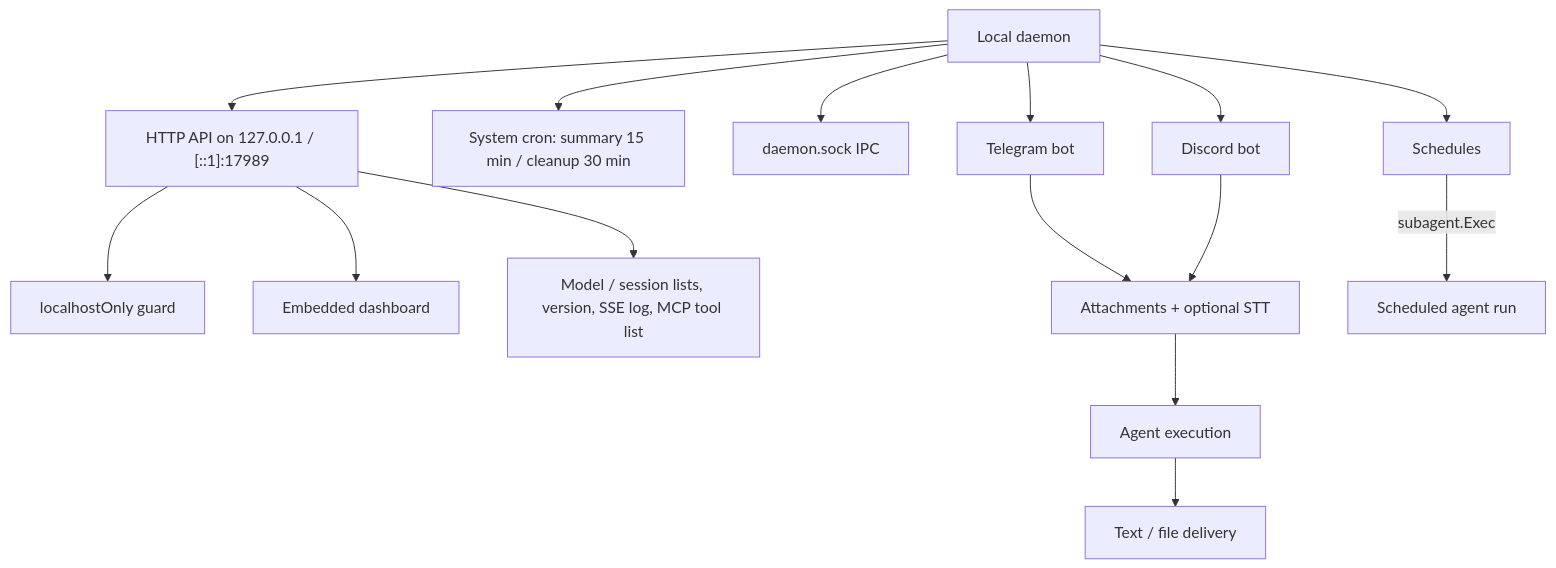
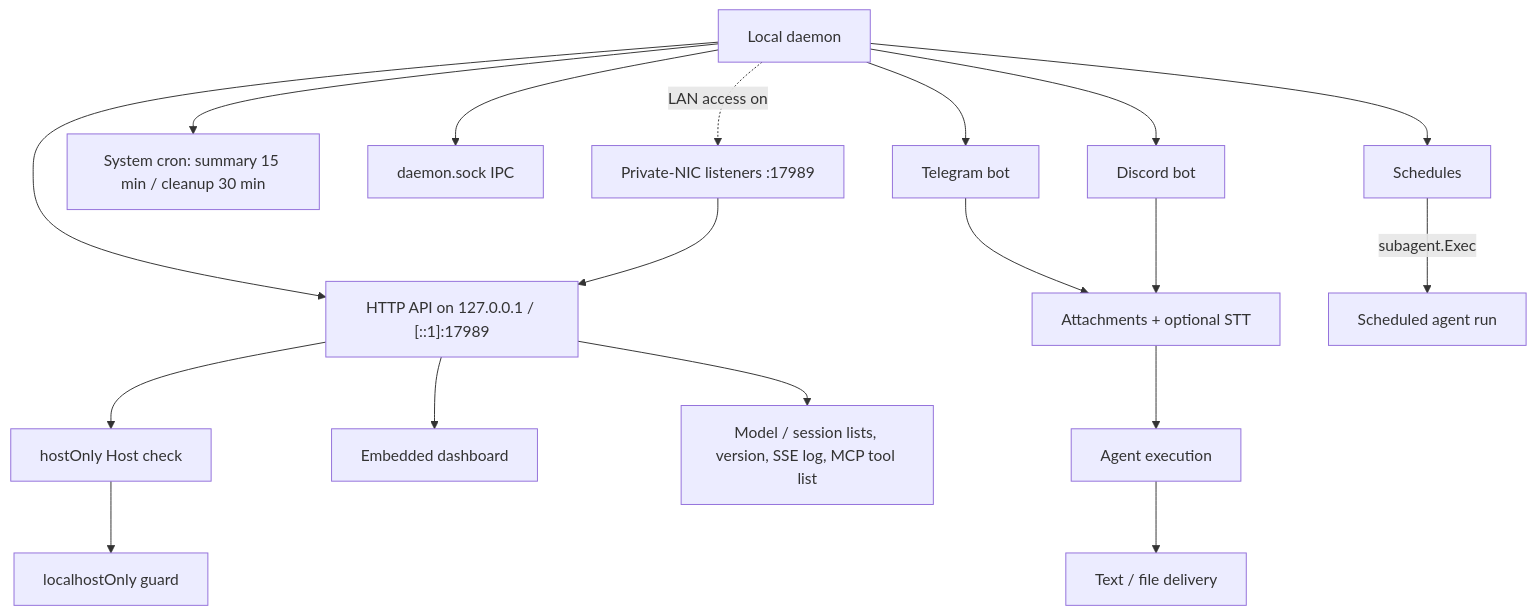
The seventh of 10 diagrams in doc/architecture.md (pardnchiu/Agenvoy), drawn with Mermaid before and after one commit. The commit also changed other lines of this file and 5 other files, not shown here.

````diff
--- a/doc/architecture.md
+++ b/doc/architecture.md
@@ -156,17 +156,20 @@
 ```mermaid
 graph TB
     Daemon[Local daemon] --> API["HTTP API on 127.0.0.1 / [::1]:17989"]
-    API --> Guard[localhostOnly guard]
+    Daemon -.->|LAN access on| LAN[Private-NIC listeners :17989]
+    LAN --> API
+    API --> Host[hostOnly Host check]
+    Host --> Guard[localhostOnly guard]
     API --> Dashboard[Embedded dashboard]
     API --> OpenAPI[Model / session lists, version, SSE log, MCP tool list]
     Daemon --> SysCron[System cron: summary 15 min / cleanup 30 min]
     Daemon --> IPC[daemon.sock IPC]
     Daemon --> Scheduler[Schedules]
     Daemon --> Telegram[Telegram bot]
     Daemon --> Discord[Discord bot]
     Telegram --> Attachment[Attachments + optional STT]
     Discord --> Attachment
     Attachment --> ChannelRun[Agent execution]
     ChannelRun --> Delivery[Text / file delivery]
     Scheduler -->|subagent.Exec| ScheduledRun[Scheduled agent run]
 ```
````
